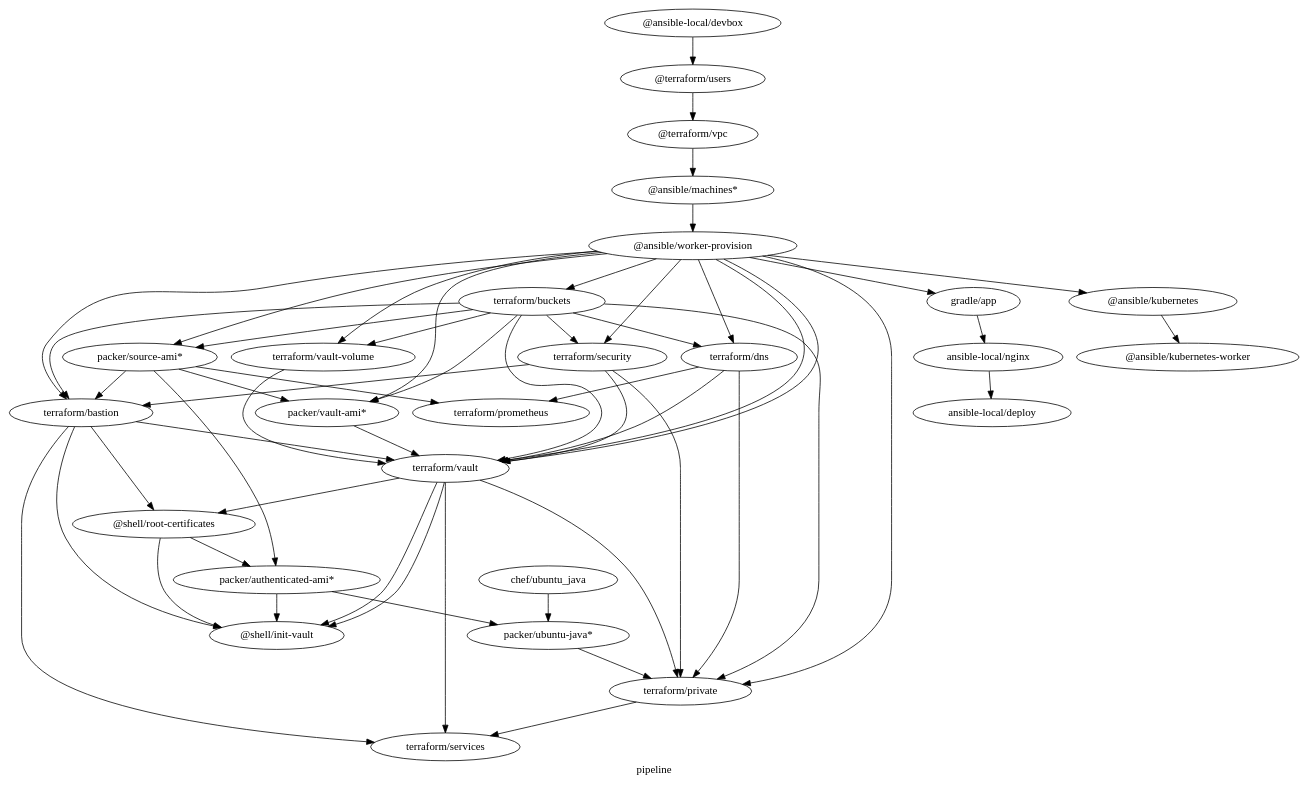
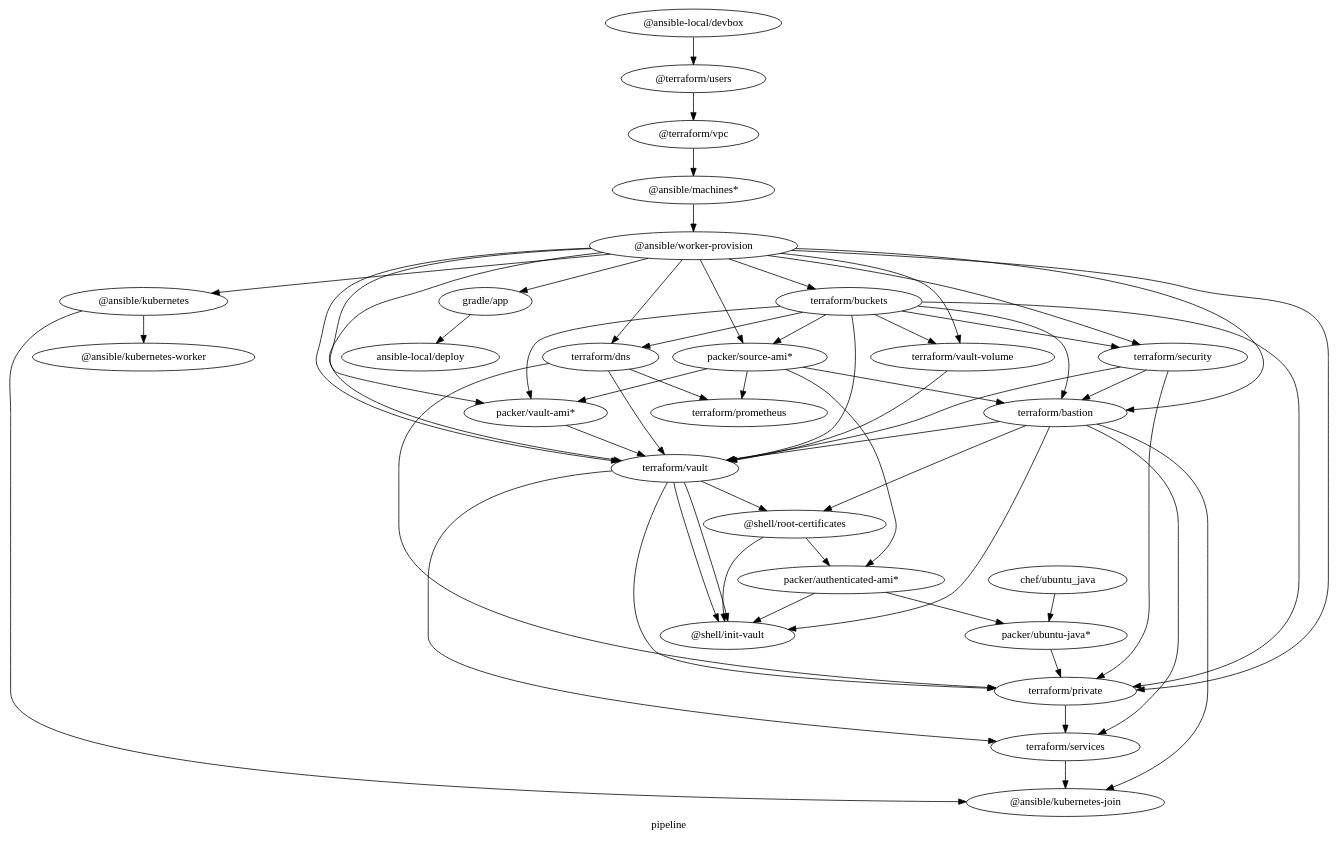
Before and after one commit to samsquire/mazzle-starter: the diagram in architecture.dot, drawn with Graphviz. The commit also changed 21 other files, not shown here.

```diff
--- a/architecture.dot
+++ b/architecture.dot
@@ -1,84 +1,89 @@
 digraph G {
   label="pipeline";
   rankdir=TB;
 
 
 
 "packer/source-ami*" -> { "terraform/bastion";
                           "packer/vault-ami*"
                         }
 
-"gradle/app" -> "ansible-local/nginx" -> "ansible-local/deploy";
+"terraform/bastion" -> "@ansible/kubernetes-join";
+"terraform/services" -> "@ansible/kubernetes-join";
+"@ansible/kubernetes" -> "@ansible/kubernetes-join";
+
+
+"gradle/app" -> "ansible-local/deploy";
 "@ansible/kubernetes" -> "@ansible/kubernetes-worker";
 "@ansible/worker-provision" -> {
   "gradle/app";
   "@ansible/kubernetes";
   "terraform/buckets";
   "terraform/vault";
   "terraform/dns";
   "terraform/bastion";
   "terraform/vault-volume";
   "packer/source-ami*";
   "terraform/security";
   "terraform/private";
   "packer/vault-ami*"
 }
 
 "terraform/buckets" -> {
   "terraform/vault";
   "terraform/dns";
   "terraform/bastion";
   "terraform/vault-volume";
   "packer/source-ami*";
   "terraform/security";
   "terraform/private";
   "packer/vault-ami*"
 }
 
 "packer/vault-ami*" -> "terraform/vault"
 
 "@terraform/vpc" -> "@ansible/machines*" -> "@ansible/worker-provision"
 
 "terraform/vault" -> "terraform/private";
 
 { "terraform/vault";
 "terraform/bastion";
 "terraform/private"; } -> "terraform/services";
 
 "terraform/vault-volume" -> "terraform/vault";
 
  "terraform/dns" -> "terraform/private";
  "terraform/dns" -> "terraform/vault";
 
 "terraform/security" -> "terraform/vault"
 "@ansible/worker-provision" -> "terraform/vault";
 
 "terraform/security" -> "terraform/bastion";
 "terraform/security" -> "terraform/private";
 
 "chef/ubuntu_java" -> "packer/ubuntu-java*";
 
 "@ansible-local/devbox" -> "@terraform/users" -> "@terraform/vpc";
 
 "terraform/bastion" -> "@shell/root-certificates";
 
 "terraform/vault" -> "@shell/root-certificates";
 "terraform/bastion" -> "terraform/vault";
 
 "terraform/bastion" -> "@shell/init-vault";
 "terraform/vault" -> "@shell/init-vault";
 
 "@shell/root-certificates" -> "packer/authenticated-ami*";
 
 "packer/ubuntu-java*" -> "terraform/private";
 
 "packer/source-ami*" -> "packer/authenticated-ami*";
 "packer/authenticated-ami*" -> "packer/ubuntu-java*";
 "packer/authenticated-ami*" -> "@shell/init-vault";
 "@shell/root-certificates" -> "@shell/init-vault";
 
 "terraform/vault" -> "@shell/init-vault";
 
  "terraform/dns" -> "terraform/prometheus";
  "packer/source-ami*" -> "terraform/prometheus";
 }
```
